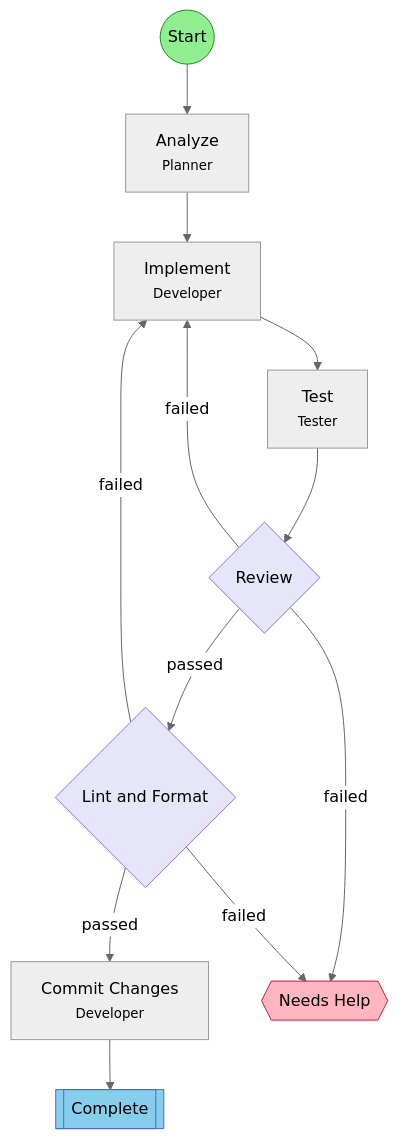
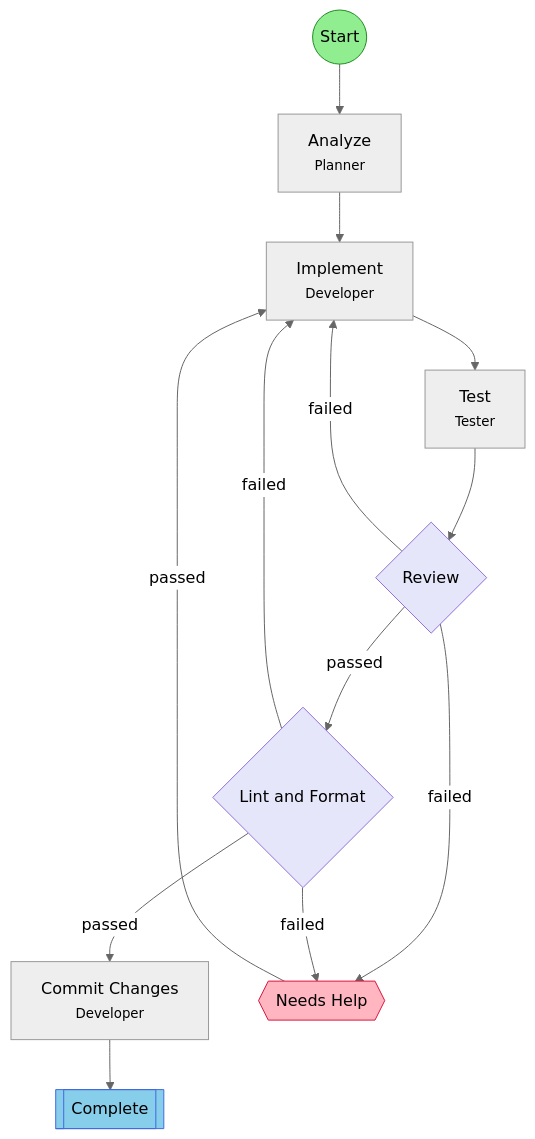
Before and after one commit to leclabs/agent-toolkit: the diagram in .flow/diagrams/agile-task.md, drawn with Mermaid (neutral theme). The commit also changed other lines of this file and 23 other files, not shown here.

First line of the commit message:
feat: enrich fork responses with per-branch step info for parallel task sets

````diff
--- a/.flow/diagrams/agile-task.md
+++ b/.flow/diagrams/agile-task.md
@@ -7,34 +7,36 @@
 ```mermaid
 flowchart TD
     start(("Start"))
     analyze["Analyze<br/><small>Planner</small>"]
     implement["Implement<br/><small>Developer</small>"]
     test["Test<br/><small>Tester</small>"]
     review{"Review"}
     lint_format{"Lint and Format"}
     commit["Commit Changes<br/><small>Developer</small>"]
     end_success[["Complete"]]
     hitl_failed{{"Needs Help"}}
 
     start --> analyze
     analyze --> implement
     implement --> test
     test --> review
     review -->|failed| implement
     review -->|failed| hitl_failed
     review -->|passed| lint_format
     lint_format -->|passed| commit
     lint_format -->|failed| implement
     lint_format -->|failed| hitl_failed
     commit --> end_success
+    hitl_failed -->|passed| implement
 
     classDef startStep fill:#90EE90,stroke:#228B22
     classDef successStep fill:#87CEEB,stroke:#4169E1
     classDef hitlStep fill:#FFB6C1,stroke:#DC143C
     classDef gateStep fill:#E6E6FA,stroke:#9370DB
+    classDef forkJoinStep fill:#FFEAA7,stroke:#FDCB6E
     classDef currentStep fill:#FFD700,stroke:#FF8C00,stroke-width:3px
     class start startStep
     class end_success successStep
     class hitl_failed hitlStep
     class review,lint_format gateStep
 ```
````
